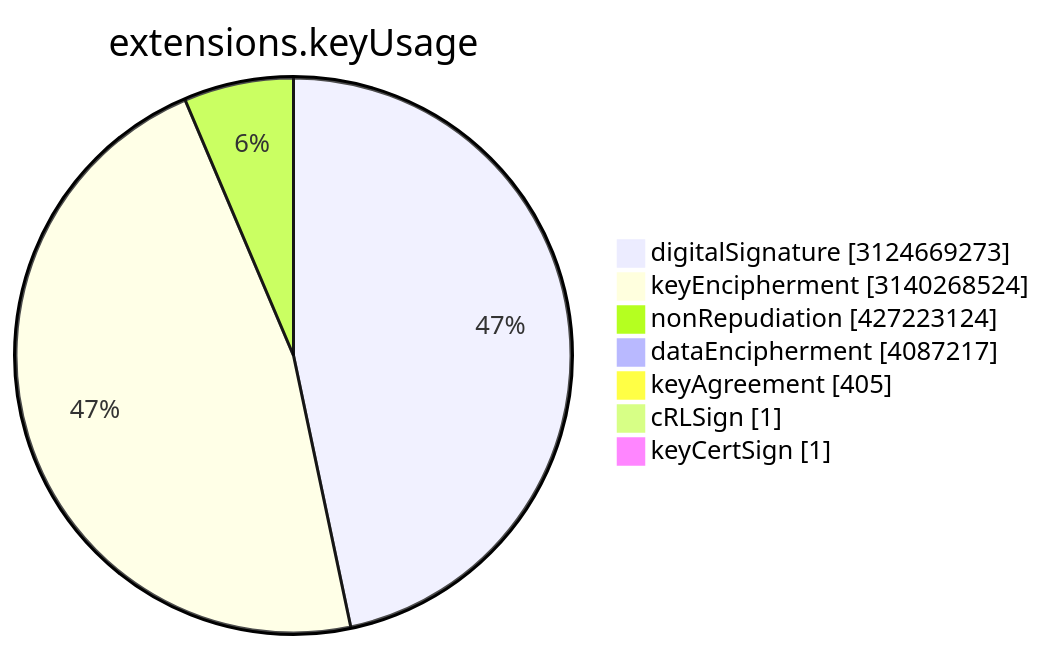
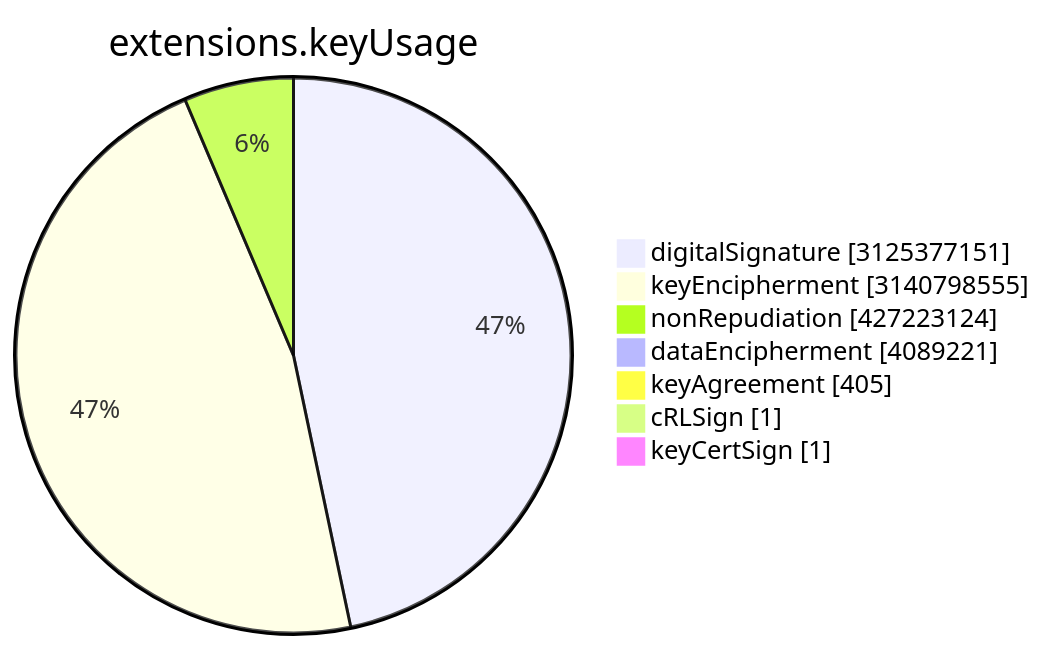
One commit to christiankrug/ctmonitor_visualization changed the sixth of 15 diagrams in TOTAL/README.md. Above: the diagram before and after it, drawn with Mermaid. The commit also changed other lines of this file, not shown here.

````diff
--- a/TOTAL/README.md
+++ b/TOTAL/README.md
@@ -3077,11 +3077,11 @@
 ```mermaid
 pie showData
 title extensions.keyUsage
-"digitalSignature" :3124669273
-"keyEncipherment" :3140268524
+"digitalSignature" :3125377151
+"keyEncipherment" :3140798555
 "nonRepudiation" :427223124
-"dataEncipherment" :4087217
+"dataEncipherment" :4089221
 "keyAgreement" :405
 "cRLSign" :1
 "keyCertSign" :1
 ```
````
